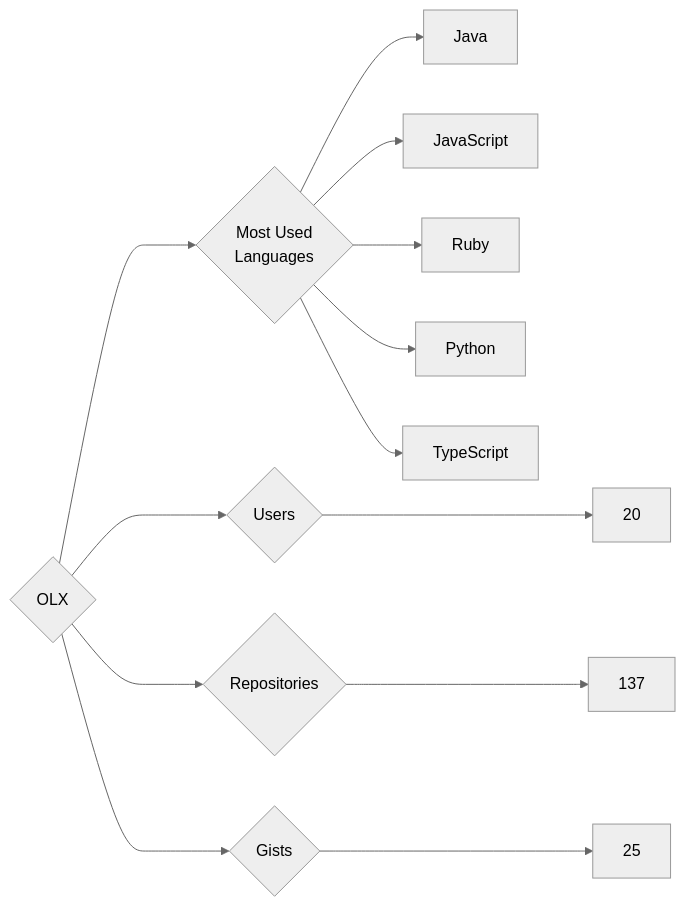
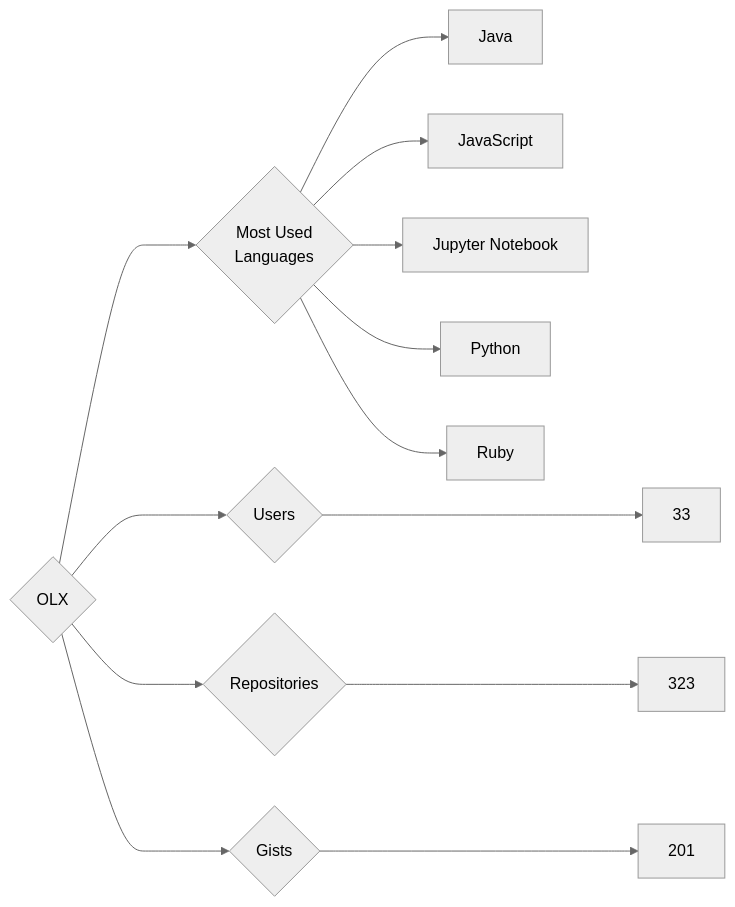
The diagram in targets/OLX/README.md (trickest/insiders), drawn with Mermaid (neutral theme) before and after one commit. The commit also changed 939 other files, not shown here.

````diff
--- a/targets/OLX/README.md
+++ b/targets/OLX/README.md
@@ -3,13 +3,13 @@
 ```mermaid
 graph LR
 COMPANY_NAME{OLX}
-COMPANY_NAME ---> U{Users} ---> UN[20]
-COMPANY_NAME ---> R{Repositories} ---> RN[137]
-COMPANY_NAME ---> G{Gists} ---> GN[25]
+COMPANY_NAME ---> U{Users} ---> UN[33]
+COMPANY_NAME ---> R{Repositories} ---> RN[323]
+COMPANY_NAME ---> G{Gists} ---> GN[201]
 COMPANY_NAME ---> ML{Most Used<br>Languages}
 ML --> Java[Java]
 ML --> JavaScript[JavaScript]
+ML --> Jupyter_Notebook[Jupyter Notebook]
+ML --> Python[Python]
 ML --> Ruby[Ruby]
-ML --> Python[Python]
-ML --> TypeScript[TypeScript]
 ```
````
